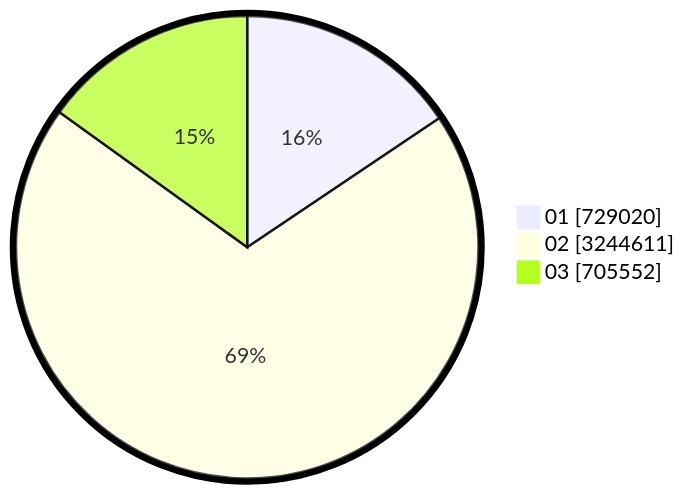
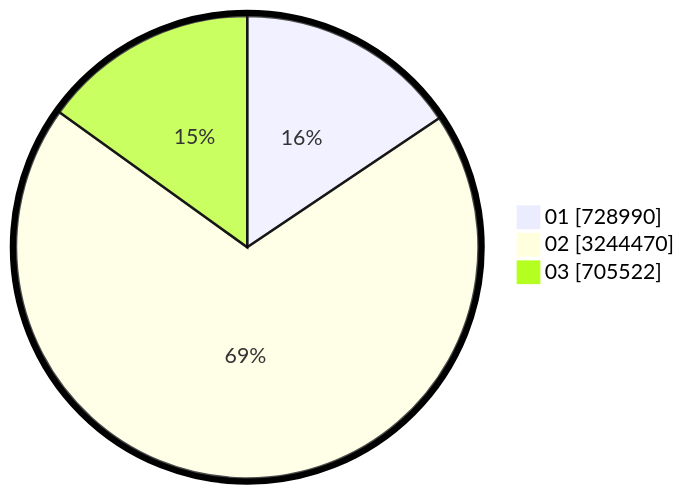
The second of 2 diagrams in pilpres/hitung-suara/sub/table-wilayah-18.md (gigit-pemilu/pemilu-2024), drawn with Mermaid before and after one commit. The commit also changed other lines of this file and 5 other files, not shown here.

````diff
--- a/pilpres/hitung-suara/sub/table-wilayah-18.md
+++ b/pilpres/hitung-suara/sub/table-wilayah-18.md
@@ -15,7 +15,7 @@
 ```mermaid
 %%{init: {"pie": {"textPosition": 0.5}, "themeVariables": {"pieOuterStrokeWidth": "5px"}} }%%
 pie showData
-    "01" : 729020
-    "02" : 3244611
-    "03" : 705552
+    "01" : 728990
+    "02" : 3244470
+    "03" : 705522
 ```
````
